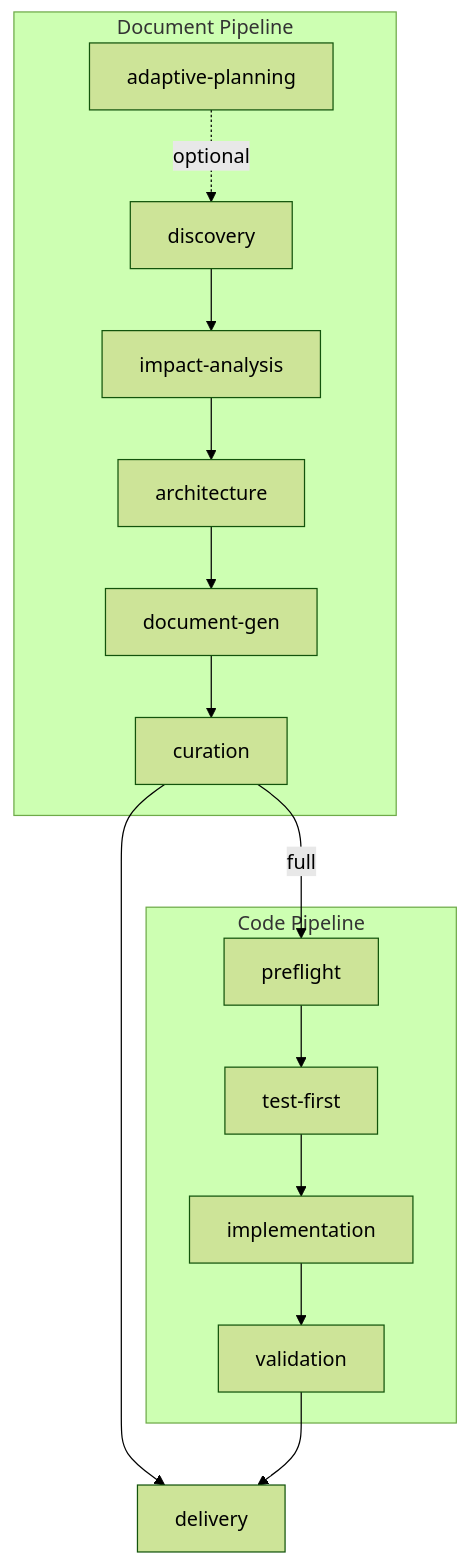
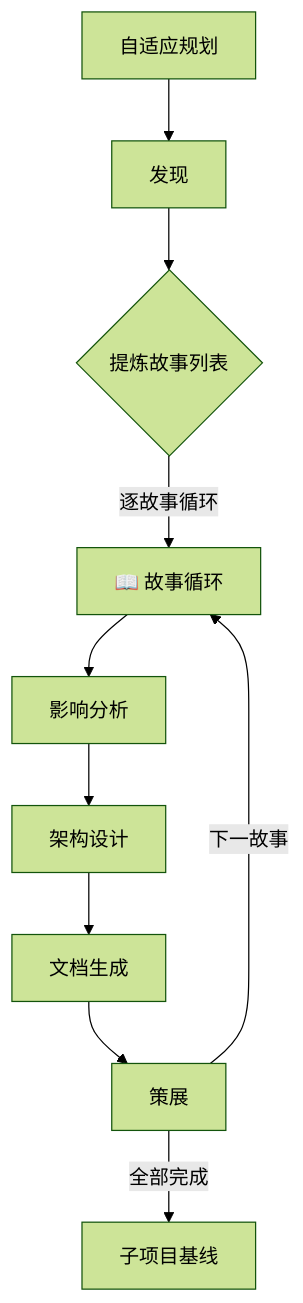
Before and after one commit to effiy/YrY: the diagram in skills/rui/SKILL.md, drawn with Mermaid (forest theme). The commit also changed other lines of this file and 23 other files, not shown here.

````diff
--- a/skills/rui/SKILL.md
+++ b/skills/rui/SKILL.md
@@ -11,13 +310,12 @@
 ```mermaid
-graph TD
-    subgraph "Document Pipeline"
-        D0[adaptive-planning] -.->|optional| D1[discovery]
-        D1 --> D2[impact-analysis] --> D3[architecture] --> D4[document-gen] --> D5[curation]
-    end
-    subgraph "Code Pipeline"
-        C0[preflight] --> C1[test-first] --> C2[implementation] --> C3[validation]
-    end
-    D5 -->|full| C0
-    D5 --> C4[delivery]
-    C3 --> C4
+flowchart TD
+    D0[自适应规划] --> D1[发现]
+    D1 --> STORIES{提炼故事列表}
+    STORIES -->|逐故事循环| LOOP["📖 故事循环"]
+    LOOP --> D2[影响分析]
+    D2 --> D3[架构设计]
+    D3 --> D4[文档生成]
+    D4 --> D5[策展]
+    D5 -->|下一故事| LOOP
+    D5 -->|全部完成| D7[子项目基线]
 ```
````
